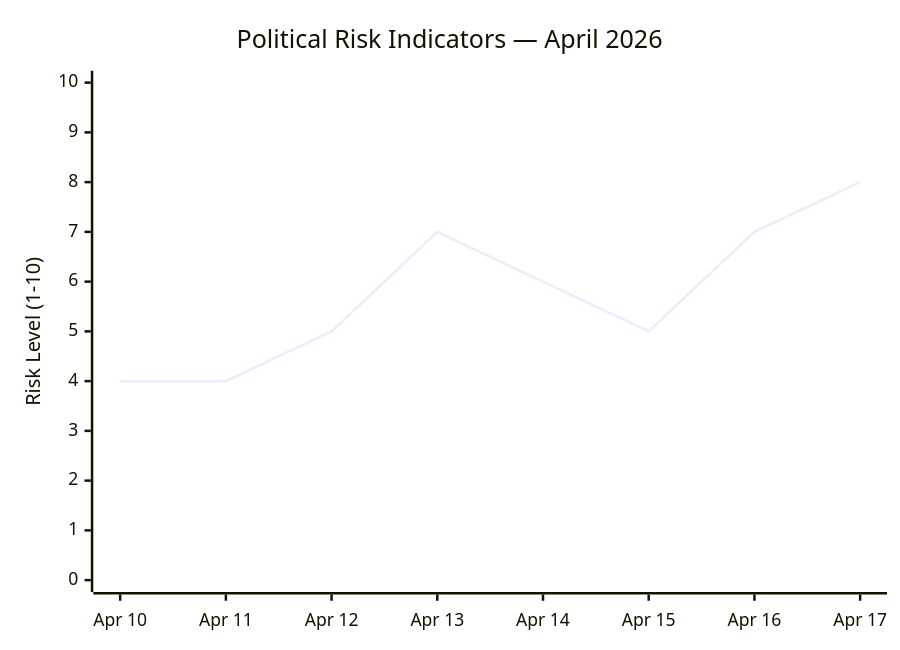
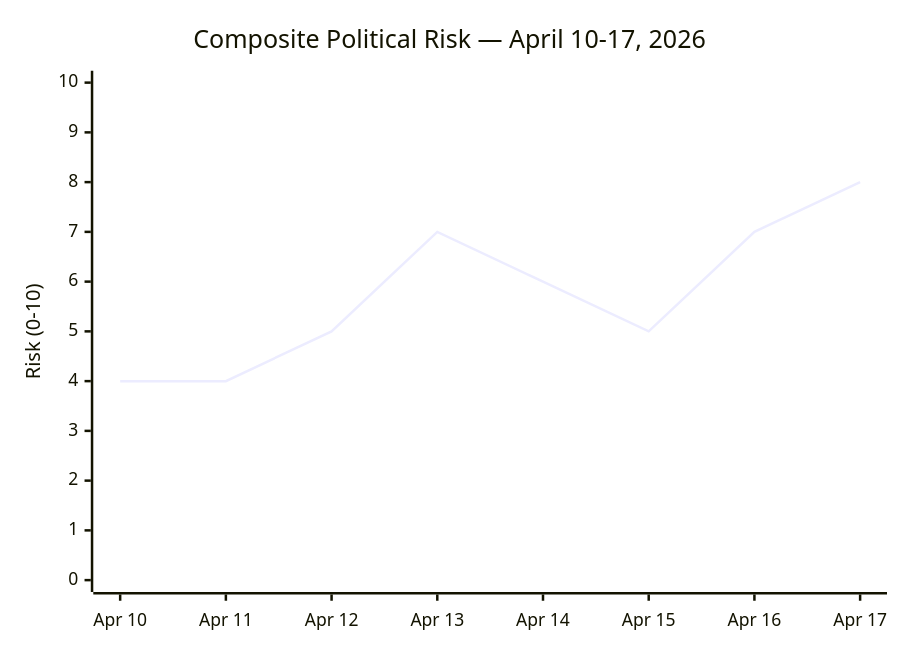
One commit to Hack23/riksdagsmonitor changed the second of 2 diagrams in analysis/daily/2026-04-17/realtime-1434/risk-assessment.md. Above: the diagram before and after it, drawn with Mermaid. The commit also changed other lines of this file and 8 other files, not shown here.

First line of the commit message:
analysis: deepen realtime-1434 with DIW, TOWS, Mermaid, confidence labels (KU33 as LEAD)

````diff
--- a/analysis/daily/2026-04-17/realtime-1434/risk-assessment.md
+++ b/analysis/daily/2026-04-17/realtime-1434/risk-assessment.md
@@ -41,7 +119,7 @@
 ```mermaid
 xychart-beta
-    title "Political Risk Indicators — April 2026"
+    title "Composite Political Risk — April 10-17, 2026"
     x-axis ["Apr 10", "Apr 11", "Apr 12", "Apr 13", "Apr 14", "Apr 15", "Apr 16", "Apr 17"]
-    y-axis "Risk Level (1-10)" 0 --> 10
+    y-axis "Risk (0-10)" 0 --> 10
     line [4, 4, 5, 7, 6, 5, 7, 8]
 ```
````
